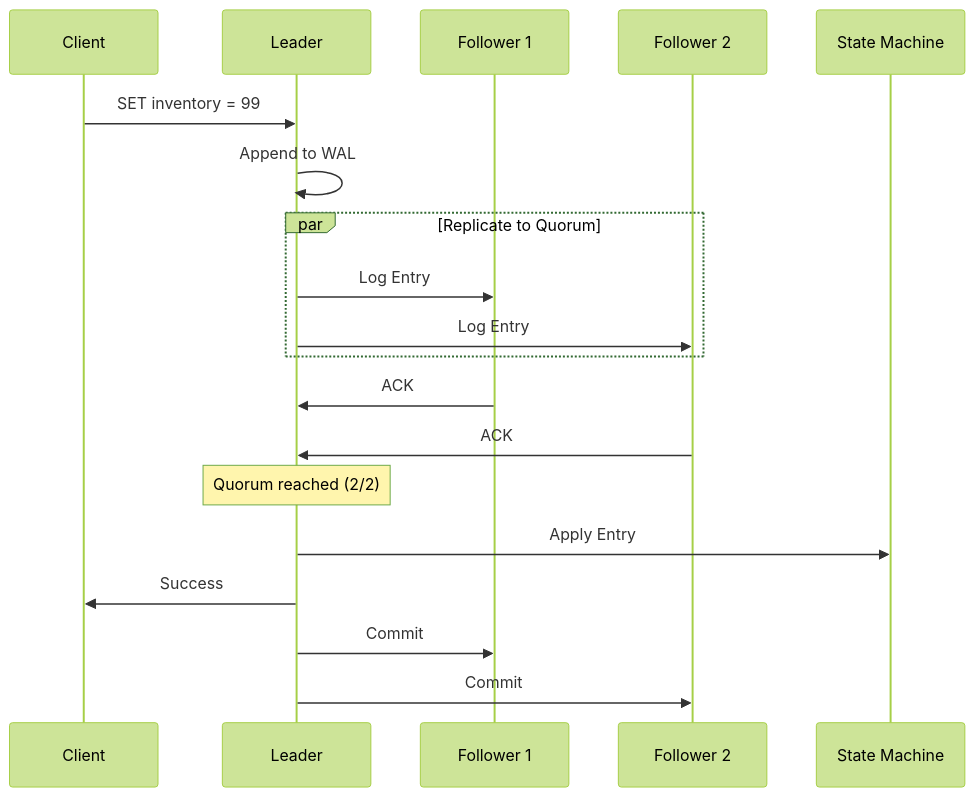
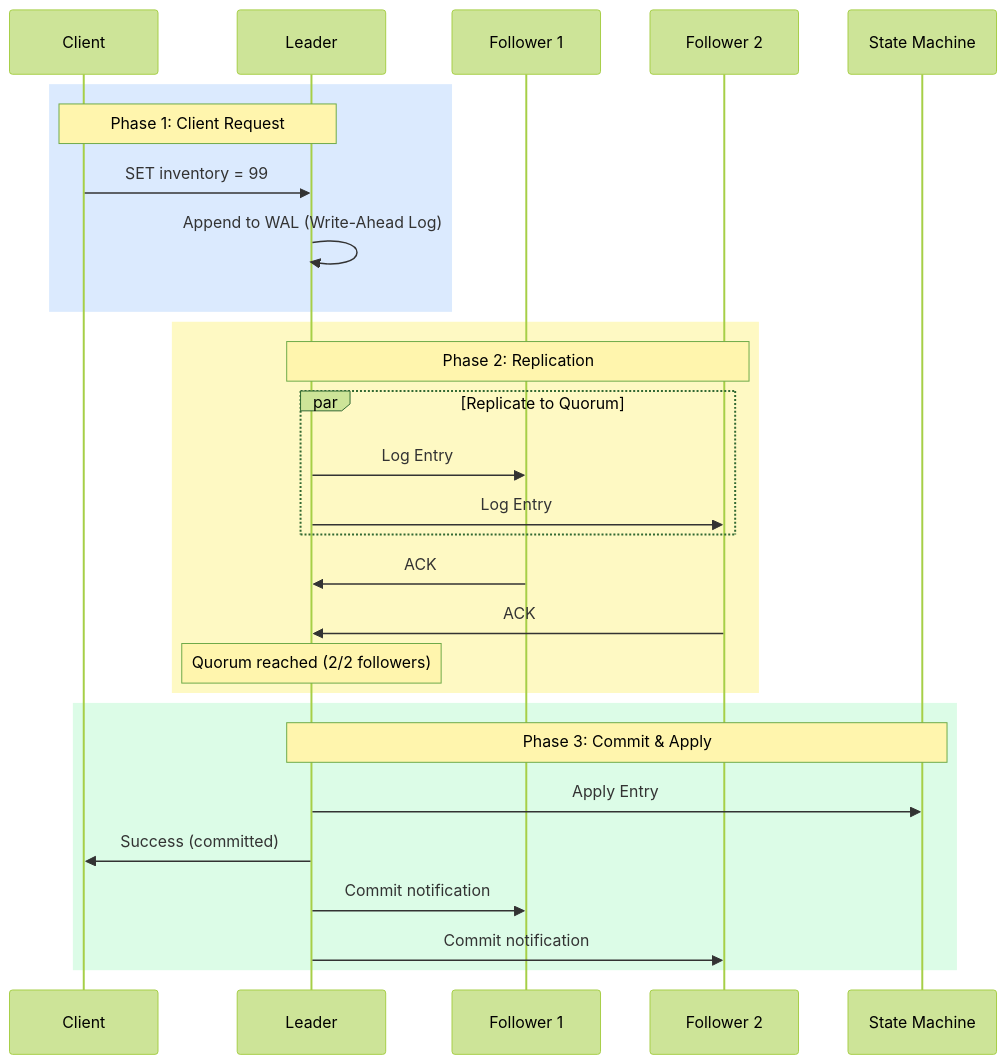
One commit to udaytamma/Cyrus changed the second of 3 diagrams in gemini-responses/the-consensus-problem-20260120-1255.md. Above: the diagram before and after it, drawn with Mermaid (forest theme). The commit also changed other lines of this file and 28 other files, not shown here.

First line of the commit message:
Upgrade Knowledge Base Mermaid diagrams to professional styling

````diff
--- a/gemini-responses/the-consensus-problem-20260120-1255.md
+++ b/gemini-responses/the-consensus-problem-20260120-1255.md
@@ -103,22 +111,33 @@
 ```mermaid
 sequenceDiagram
     participant C as Client
     participant L as Leader
     participant F1 as Follower 1
     participant F2 as Follower 2
     participant SM as State Machine
 
-    C->>L: SET inventory = 99
-    L->>L: Append to WAL
-    par Replicate to Quorum
-        L->>F1: Log Entry #42
-        L->>F2: Log Entry #42
+    rect rgb(219, 234, 254)
+        Note over C,L: Phase 1: Client Request
+        C->>L: SET inventory = 99
+        L->>L: Append to WAL (Write-Ahead Log)
     end
-    F1->>L: ACK #42
-    F2->>L: ACK #42
-    Note over L: Quorum reached (2/2)
-    L->>SM: Apply Entry #42
-    L->>C: Success
-    L->>F1: Commit #42
-    L->>F2: Commit #42
+
+    rect rgb(254, 249, 195)
+        Note over L,F2: Phase 2: Replication
+        par Replicate to Quorum
+            L->>F1: Log Entry #42
+            L->>F2: Log Entry #42
+        end
+        F1->>L: ACK #42 (persisted)
+        F2->>L: ACK #42 (persisted)
+        Note over L: Quorum reached (2/2 followers)
+    end
+
+    rect rgb(220, 252, 231)
+        Note over L,SM: Phase 3: Commit & Apply
+        L->>SM: Apply Entry #42 to state
+        L->>C: Success (committed)
+        L->>F1: Commit notification #42
+        L->>F2: Commit notification #42
+    end
 ```
````
